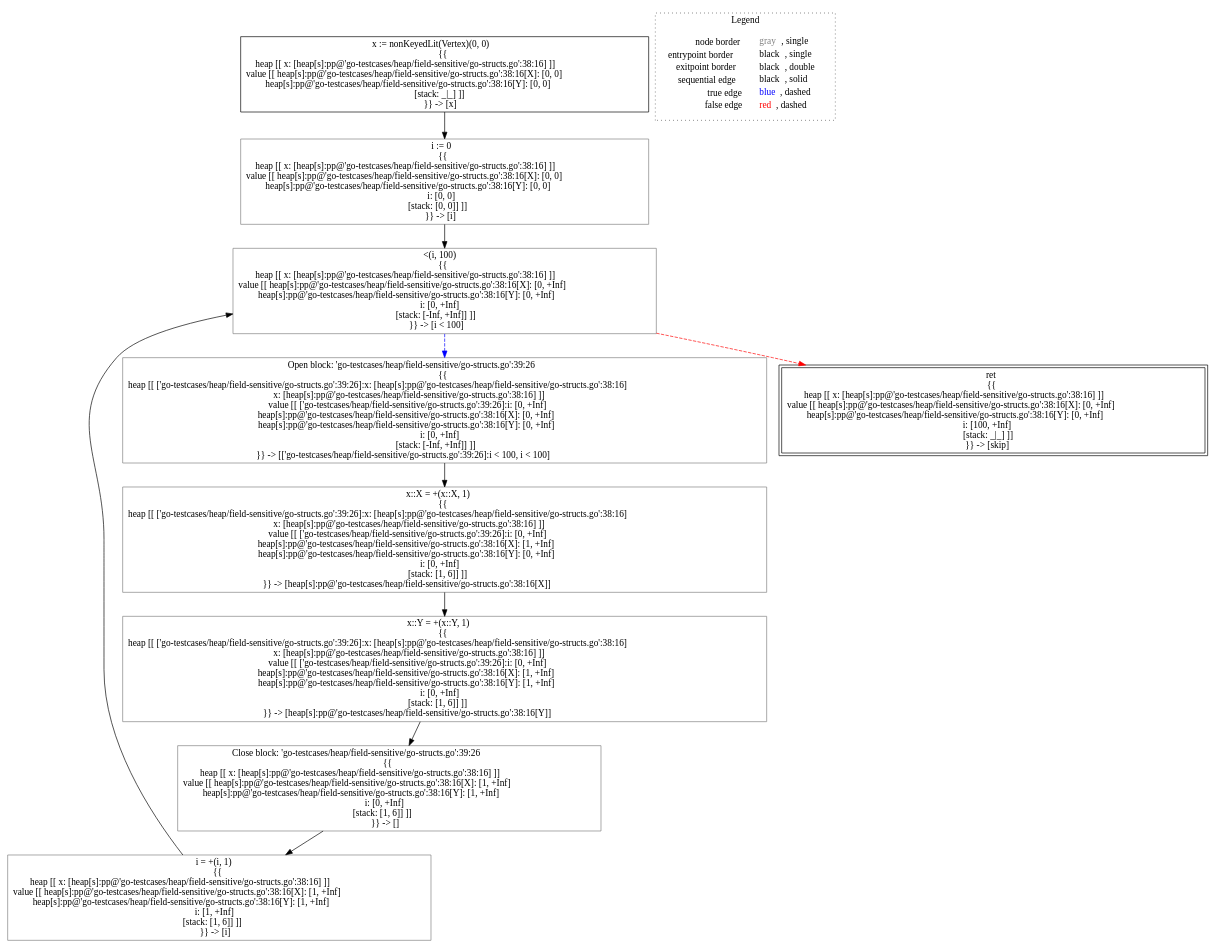
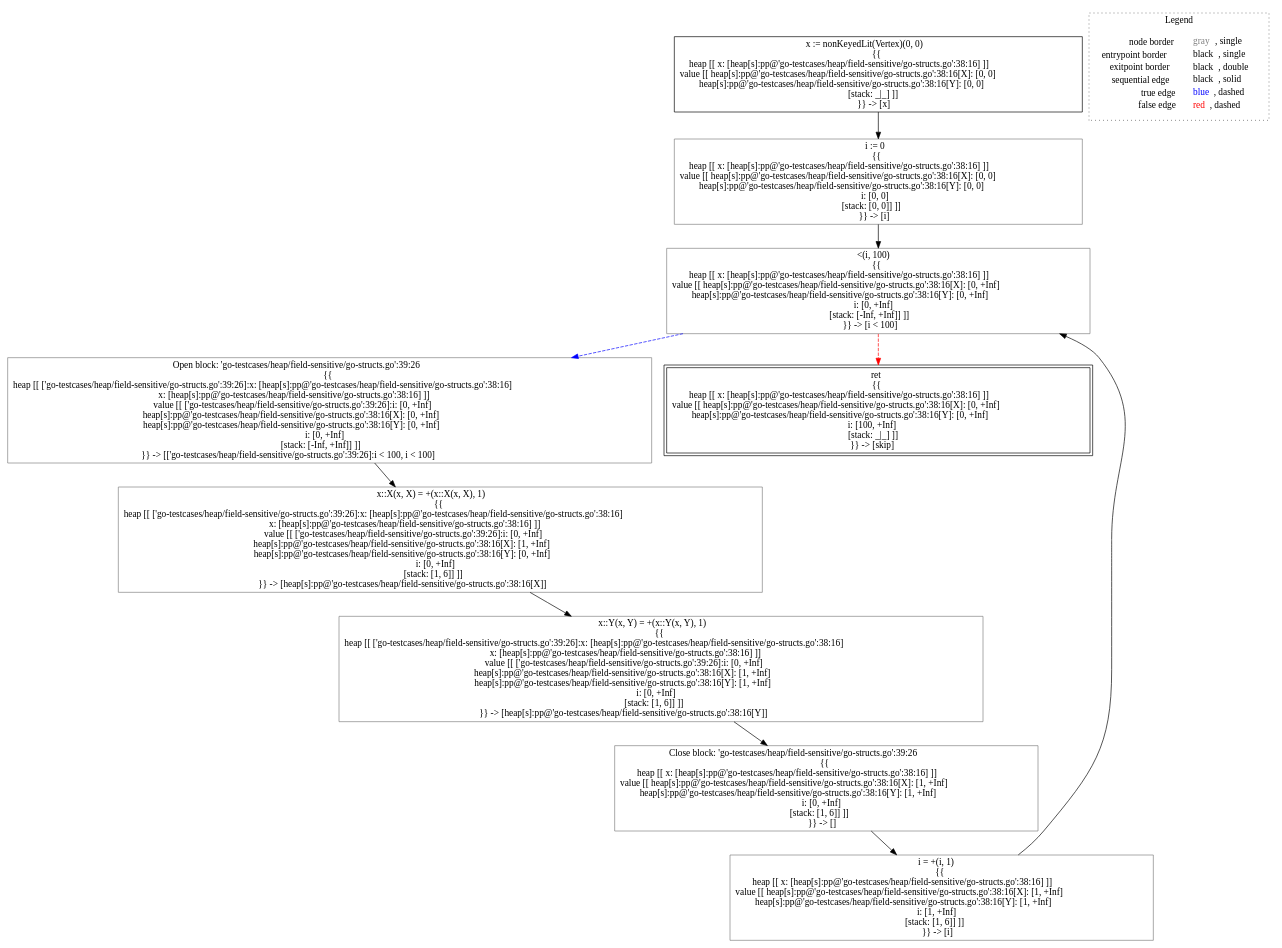
One commit to lisa-analyzer/go-lisa changed the diagram in go-lisa/go-testcases/heap/field-sensitive/analysis___untyped_main.forAlloc().dot. Above: the diagram before and after it, drawn with Graphviz. The commit also changed 35 other files, not shown here.

```diff
--- a/go-lisa/go-testcases/heap/field-sensitive/analysis___untyped_main.forAlloc().dot
+++ b/go-lisa/go-testcases/heap/field-sensitive/analysis___untyped_main.forAlloc().dot
@@ -1,27 +1,27 @@
 digraph {
 	"node0" [shape="rect",color="black",label=<x := nonKeyedLit(Vertex)(0, 0)<BR/>{{<BR/>heap [[ x: [heap[s]:pp@'go-testcases/heap/field-sensitive/go-structs.go':38:16] ]]<BR/>value [[ heap[s]:pp@'go-testcases/heap/field-sensitive/go-structs.go':38:16[X]: [0, 0]<BR/>heap[s]:pp@'go-testcases/heap/field-sensitive/go-structs.go':38:16[Y]: [0, 0]<BR/>[stack: _|_] ]]<BR/>}} -&gt; [x]>];
-	"node1" [shape="rect",color="gray",label=<Close block: 'go-testcases/heap/field-sensitive/go-structs.go':39:26<BR/>{{<BR/>heap [[ x: [heap[s]:pp@'go-testcases/heap/field-sensitive/go-structs.go':38:16] ]]<BR/>value [[ heap[s]:pp@'go-testcases/heap/field-sensitive/go-structs.go':38:16[X]: [1, +Inf]<BR/>heap[s]:pp@'go-testcases/heap/field-sensitive/go-structs.go':38:16[Y]: [1, +Inf]<BR/>i: [0, +Inf]<BR/>[stack: [1, 6]] ]]<BR/>}} -&gt; []>];
-	"node2" [shape="rect",color="gray",label=<i = +(i, 1)<BR/>{{<BR/>heap [[ x: [heap[s]:pp@'go-testcases/heap/field-sensitive/go-structs.go':38:16] ]]<BR/>value [[ heap[s]:pp@'go-testcases/heap/field-sensitive/go-structs.go':38:16[X]: [1, +Inf]<BR/>heap[s]:pp@'go-testcases/heap/field-sensitive/go-structs.go':38:16[Y]: [1, +Inf]<BR/>i: [1, +Inf]<BR/>[stack: [1, 6]] ]]<BR/>}} -&gt; [i]>];
-	"node3" [shape="rect",color="gray",label=<&lt;(i, 100)<BR/>{{<BR/>heap [[ x: [heap[s]:pp@'go-testcases/heap/field-sensitive/go-structs.go':38:16] ]]<BR/>value [[ heap[s]:pp@'go-testcases/heap/field-sensitive/go-structs.go':38:16[X]: [0, +Inf]<BR/>heap[s]:pp@'go-testcases/heap/field-sensitive/go-structs.go':38:16[Y]: [0, +Inf]<BR/>i: [0, +Inf]<BR/>[stack: [-Inf, +Inf]] ]]<BR/>}} -&gt; [i &lt; 100]>];
+	"node1" [shape="rect",color="gray",label=<&lt;(i, 100)<BR/>{{<BR/>heap [[ x: [heap[s]:pp@'go-testcases/heap/field-sensitive/go-structs.go':38:16] ]]<BR/>value [[ heap[s]:pp@'go-testcases/heap/field-sensitive/go-structs.go':38:16[X]: [0, +Inf]<BR/>heap[s]:pp@'go-testcases/heap/field-sensitive/go-structs.go':38:16[Y]: [0, +Inf]<BR/>i: [0, +Inf]<BR/>[stack: [-Inf, +Inf]] ]]<BR/>}} -&gt; [i &lt; 100]>];
+	"node2" [shape="rect",color="gray",label=<Close block: 'go-testcases/heap/field-sensitive/go-structs.go':39:26<BR/>{{<BR/>heap [[ x: [heap[s]:pp@'go-testcases/heap/field-sensitive/go-structs.go':38:16] ]]<BR/>value [[ heap[s]:pp@'go-testcases/heap/field-sensitive/go-structs.go':38:16[X]: [1, +Inf]<BR/>heap[s]:pp@'go-testcases/heap/field-sensitive/go-structs.go':38:16[Y]: [1, +Inf]<BR/>i: [0, +Inf]<BR/>[stack: [1, 6]] ]]<BR/>}} -&gt; []>];
+	"node3" [shape="rect",color="gray",label=<i = +(i, 1)<BR/>{{<BR/>heap [[ x: [heap[s]:pp@'go-testcases/heap/field-sensitive/go-structs.go':38:16] ]]<BR/>value [[ heap[s]:pp@'go-testcases/heap/field-sensitive/go-structs.go':38:16[X]: [1, +Inf]<BR/>heap[s]:pp@'go-testcases/heap/field-sensitive/go-structs.go':38:16[Y]: [1, +Inf]<BR/>i: [1, +Inf]<BR/>[stack: [1, 6]] ]]<BR/>}} -&gt; [i]>];
 	"node4" [shape="rect",color="gray",label=<Open block: 'go-testcases/heap/field-sensitive/go-structs.go':39:26<BR/>{{<BR/>heap [[ ['go-testcases/heap/field-sensitive/go-structs.go':39:26]:x: [heap[s]:pp@'go-testcases/heap/field-sensitive/go-structs.go':38:16]<BR/>x: [heap[s]:pp@'go-testcases/heap/field-sensitive/go-structs.go':38:16] ]]<BR/>value [[ ['go-testcases/heap/field-sensitive/go-structs.go':39:26]:i: [0, +Inf]<BR/>heap[s]:pp@'go-testcases/heap/field-sensitive/go-structs.go':38:16[X]: [0, +Inf]<BR/>heap[s]:pp@'go-testcases/heap/field-sensitive/go-structs.go':38:16[Y]: [0, +Inf]<BR/>i: [0, +Inf]<BR/>[stack: [-Inf, +Inf]] ]]<BR/>}} -&gt; [['go-testcases/heap/field-sensitive/go-structs.go':39:26]:i &lt; 100, i &lt; 100]>];
-	"node5" [shape="rect",color="gray",label=<x::Y = +(x::Y, 1)<BR/>{{<BR/>heap [[ ['go-testcases/heap/field-sensitive/go-structs.go':39:26]:x: [heap[s]:pp@'go-testcases/heap/field-sensitive/go-structs.go':38:16]<BR/>x: [heap[s]:pp@'go-testcases/heap/field-sensitive/go-structs.go':38:16] ]]<BR/>value [[ ['go-testcases/heap/field-sensitive/go-structs.go':39:26]:i: [0, +Inf]<BR/>heap[s]:pp@'go-testcases/heap/field-sensitive/go-structs.go':38:16[X]: [1, +Inf]<BR/>heap[s]:pp@'go-testcases/heap/field-sensitive/go-structs.go':38:16[Y]: [1, +Inf]<BR/>i: [0, +Inf]<BR/>[stack: [1, 6]] ]]<BR/>}} -&gt; [heap[s]:pp@'go-testcases/heap/field-sensitive/go-structs.go':38:16[Y]]>];
+	"node5" [shape="rect",color="gray",label=<x::Y(x, Y) = +(x::Y(x, Y), 1)<BR/>{{<BR/>heap [[ ['go-testcases/heap/field-sensitive/go-structs.go':39:26]:x: [heap[s]:pp@'go-testcases/heap/field-sensitive/go-structs.go':38:16]<BR/>x: [heap[s]:pp@'go-testcases/heap/field-sensitive/go-structs.go':38:16] ]]<BR/>value [[ ['go-testcases/heap/field-sensitive/go-structs.go':39:26]:i: [0, +Inf]<BR/>heap[s]:pp@'go-testcases/heap/field-sensitive/go-structs.go':38:16[X]: [1, +Inf]<BR/>heap[s]:pp@'go-testcases/heap/field-sensitive/go-structs.go':38:16[Y]: [1, +Inf]<BR/>i: [0, +Inf]<BR/>[stack: [1, 6]] ]]<BR/>}} -&gt; [heap[s]:pp@'go-testcases/heap/field-sensitive/go-structs.go':38:16[Y]]>];
 	"node6" [shape="rect",color="gray",label=<i := 0<BR/>{{<BR/>heap [[ x: [heap[s]:pp@'go-testcases/heap/field-sensitive/go-structs.go':38:16] ]]<BR/>value [[ heap[s]:pp@'go-testcases/heap/field-sensitive/go-structs.go':38:16[X]: [0, 0]<BR/>heap[s]:pp@'go-testcases/heap/field-sensitive/go-structs.go':38:16[Y]: [0, 0]<BR/>i: [0, 0]<BR/>[stack: [0, 0]] ]]<BR/>}} -&gt; [i]>];
-	"node7" [shape="rect",color="gray",label=<x::X = +(x::X, 1)<BR/>{{<BR/>heap [[ ['go-testcases/heap/field-sensitive/go-structs.go':39:26]:x: [heap[s]:pp@'go-testcases/heap/field-sensitive/go-structs.go':38:16]<BR/>x: [heap[s]:pp@'go-testcases/heap/field-sensitive/go-structs.go':38:16] ]]<BR/>value [[ ['go-testcases/heap/field-sensitive/go-structs.go':39:26]:i: [0, +Inf]<BR/>heap[s]:pp@'go-testcases/heap/field-sensitive/go-structs.go':38:16[X]: [1, +Inf]<BR/>heap[s]:pp@'go-testcases/heap/field-sensitive/go-structs.go':38:16[Y]: [0, +Inf]<BR/>i: [0, +Inf]<BR/>[stack: [1, 6]] ]]<BR/>}} -&gt; [heap[s]:pp@'go-testcases/heap/field-sensitive/go-structs.go':38:16[X]]>];
-	"node8" [shape="rect",color="black",peripheries="2",label=<ret<BR/>{{<BR/>heap [[ x: [heap[s]:pp@'go-testcases/heap/field-sensitive/go-structs.go':38:16] ]]<BR/>value [[ heap[s]:pp@'go-testcases/heap/field-sensitive/go-structs.go':38:16[X]: [0, +Inf]<BR/>heap[s]:pp@'go-testcases/heap/field-sensitive/go-structs.go':38:16[Y]: [0, +Inf]<BR/>i: [100, +Inf]<BR/>[stack: _|_] ]]<BR/>}} -&gt; [skip]>];
+	"node7" [shape="rect",color="black",peripheries="2",label=<ret<BR/>{{<BR/>heap [[ x: [heap[s]:pp@'go-testcases/heap/field-sensitive/go-structs.go':38:16] ]]<BR/>value [[ heap[s]:pp@'go-testcases/heap/field-sensitive/go-structs.go':38:16[X]: [0, +Inf]<BR/>heap[s]:pp@'go-testcases/heap/field-sensitive/go-structs.go':38:16[Y]: [0, +Inf]<BR/>i: [100, +Inf]<BR/>[stack: _|_] ]]<BR/>}} -&gt; [skip]>];
+	"node8" [shape="rect",color="gray",label=<x::X(x, X) = +(x::X(x, X), 1)<BR/>{{<BR/>heap [[ ['go-testcases/heap/field-sensitive/go-structs.go':39:26]:x: [heap[s]:pp@'go-testcases/heap/field-sensitive/go-structs.go':38:16]<BR/>x: [heap[s]:pp@'go-testcases/heap/field-sensitive/go-structs.go':38:16] ]]<BR/>value [[ ['go-testcases/heap/field-sensitive/go-structs.go':39:26]:i: [0, +Inf]<BR/>heap[s]:pp@'go-testcases/heap/field-sensitive/go-structs.go':38:16[X]: [1, +Inf]<BR/>heap[s]:pp@'go-testcases/heap/field-sensitive/go-structs.go':38:16[Y]: [0, +Inf]<BR/>i: [0, +Inf]<BR/>[stack: [1, 6]] ]]<BR/>}} -&gt; [heap[s]:pp@'go-testcases/heap/field-sensitive/go-structs.go':38:16[X]]>];
+	"node1" -> "node4" [color="blue",style="dashed"];
+	"node1" -> "node7" [color="red",style="dashed"];
+	"node2" -> "node3" [color="black"];
 	"node0" -> "node6" [color="black"];
-	"node1" -> "node2" [color="black"];
-	"node2" -> "node3" [color="black"];
-	"node3" -> "node4" [color="blue",style="dashed"];
-	"node3" -> "node8" [color="red",style="dashed"];
-	"node4" -> "node7" [color="black"];
-	"node5" -> "node1" [color="black"];
-	"node6" -> "node3" [color="black"];
-	"node7" -> "node5" [color="black"];
+	"node3" -> "node1" [color="black"];
+	"node4" -> "node8" [color="black"];
+	"node5" -> "node2" [color="black"];
+	"node6" -> "node1" [color="black"];
+	"node8" -> "node5" [color="black"];
 subgraph cluster_legend {
 	label="Legend";
 	style=dotted;
 	node [shape=plaintext];
 	"legend" [label=<<table border="0" cellpadding="2" cellspacing="0" cellborder="0"><tr><td align="right">node border&nbsp;</td><td align="left"><font color="gray">gray</font>, single</td></tr><tr><td align="right">entrypoint border&nbsp;</td><td align="left"><font color="black">black</font>, single</td></tr><tr><td align="right">exitpoint border&nbsp;</td><td align="left"><font color="black">black</font>, double</td></tr><tr><td align="right">sequential edge&nbsp;</td><td align="left"><font color="black">black</font>, solid</td></tr><tr><td align="right">true edge&nbsp;</td><td align="left"><font color="blue">blue</font>, dashed</td></tr><tr><td align="right">false edge&nbsp;</td><td align="left"><font color="red">red</font>, dashed</td></tr></table>>];
 }
 
 }
```
